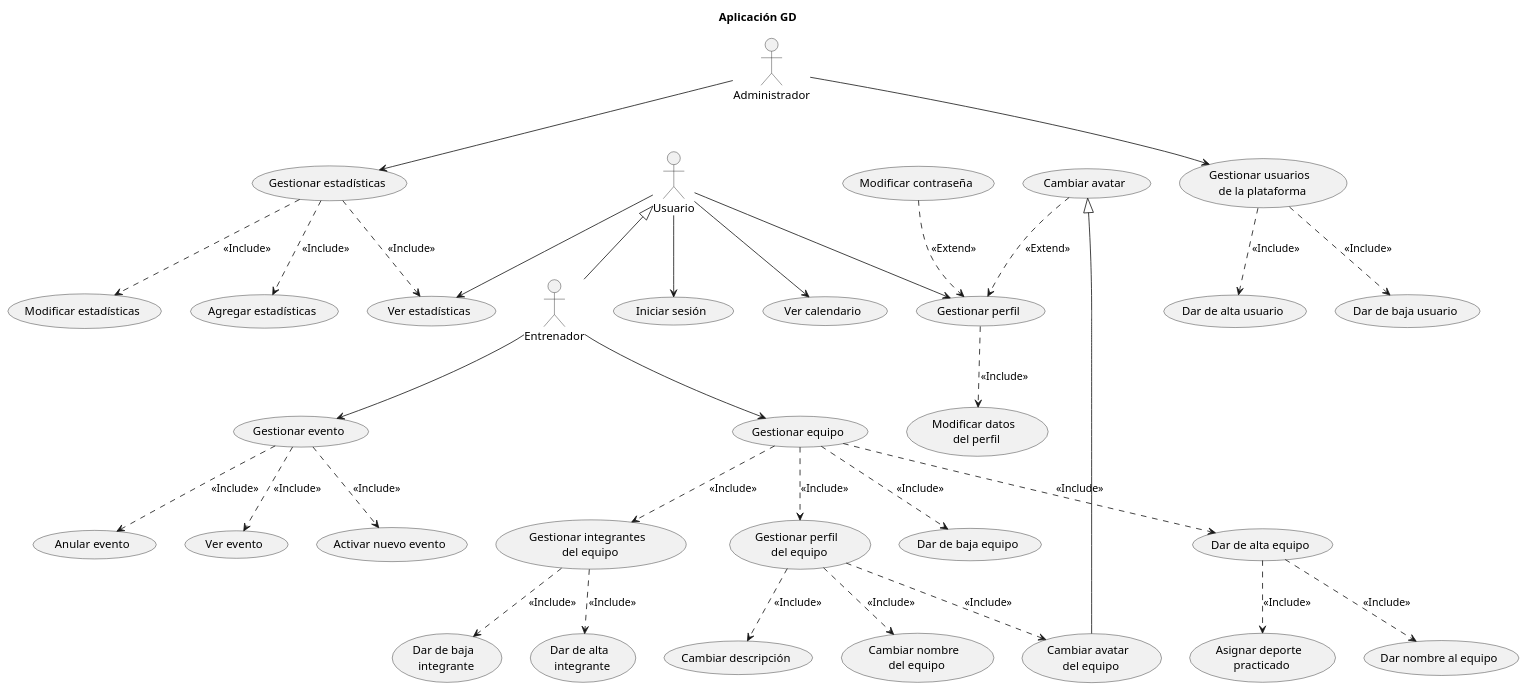
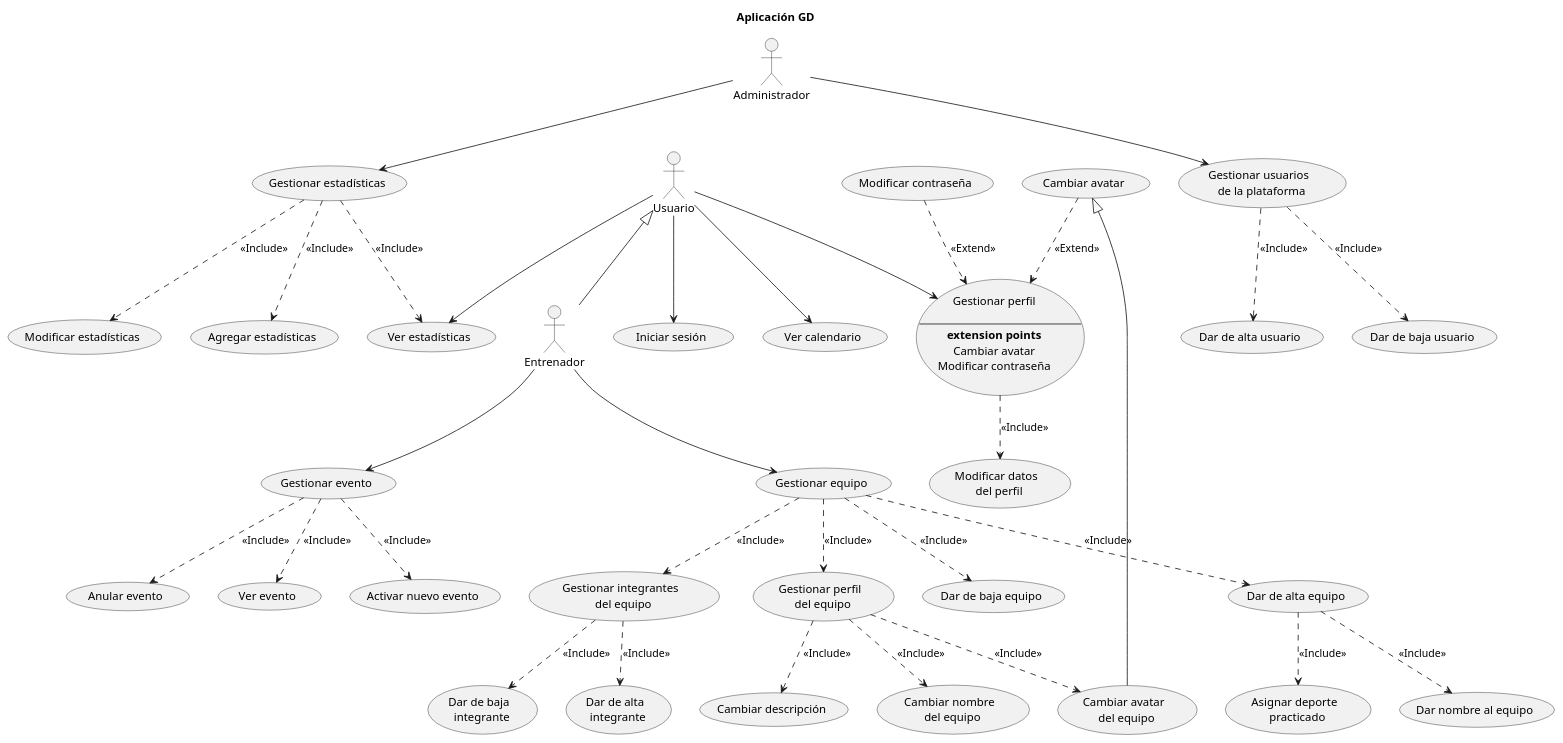
One commit to emg842/INRE-UAL-ROJO-2022 changed the diagram in LAB0/src/aplicacion_gd.puml. Above: the diagram before and after it, drawn with PlantUML. The commit also changed 12 other files, not shown here.

Commit message:
Correccion extension points lab0

```diff
--- a/LAB0/src/aplicacion_gd.puml
+++ b/LAB0/src/aplicacion_gd.puml
@@ -1,74 +1,79 @@
 @startuml aplicacion_gd
 title Aplicación GD
 
 :Administrador: as A1
 :Entrenador: as A2
 :Usuario: as A3
 
 (Activar nuevo evento) as UC1
 (Agregar estadísticas) as UC2
 (Anular evento) as UC3
 (Asignar deporte \n practicado) as UC4
 (Cambiar avatar) as UC5
 (Cambiar avatar \n del equipo) as UC6
 (Cambiar descripción) as UC7
 (Cambiar nombre \n del equipo) as UC8
 (Dar de baja equipo) as UC9
 (Dar de baja \n integrante) as UC10
 (Dar de baja usuario)  as UC11
 (Dar de alta equipo) as UC12
 (Dar de alta \n integrante) as UC13
 (Dar de alta usuario) as UC14
 (Dar nombre al equipo) as UC15
 (Gestionar equipo) as UC16
 (Gestionar estadísticas) as UC17
 (Gestionar evento) as UC18
 (Gestionar integrantes \n del equipo) as UC19
-(Gestionar perfil) as UC20
+usecase UC20 as "Gestionar perfil
+
+--
+**extension points**
+Cambiar avatar
+Modificar contraseña"
 (Gestionar perfil \n del equipo) as UC21
 (Gestionar usuarios \n de la plataforma) as UC22
 (Iniciar sesión) as UC23
 (Modificar contraseña) as UC24
 (Modificar datos \n del perfil) as UC25
 (Modificar estadísticas) as UC26
 (Ver calendario) as UC27
 (Ver estadísticas) as UC28
 (Ver evento) as UC29
 
 A1 --> UC17
 A1 --> UC22
 A2 --> UC16
 A2 --> UC18
 A3 --> UC20
 A3 --> UC23
 A3 --> UC27
 A3 --> UC28
 
 A3 <|-- A2
 UC5 <|-- UC6
 
 UC5 ..> UC20 : <<Extend>>
 UC24 ..> UC20 : <<Extend>>
 
 UC12 ..> UC4 : <<Include>>
 UC12 ..> UC15 : <<Include>>
 UC16 ..> UC9 : <<Include>>
 UC16 ..> UC12 : <<Include>>
 UC16 ..> UC19 : <<Include>>
 UC16 ..> UC21 : <<Include>>
 UC17 ..> UC2 : <<Include>>
 UC17 ..> UC26 : <<Include>>
 UC17 ..> UC28 : <<Include>>
 UC18 ..> UC1 : <<Include>>
 UC18 ..> UC3 : <<Include>>
 UC18 ..> UC29 : <<Include>>
 UC19 ..> UC10 : <<Include>>
 UC19 ..> UC13 : <<Include>>
 UC20 ..> UC25 : <<Include>>
 UC21 ..> UC6 : <<Include>>
 UC21 ..> UC7 : <<Include>>
 UC21 ..> UC8 : <<Include>>
 UC22 ..> UC11 : <<Include>>
 UC22 ..> UC14 : <<Include>>
 
 @enduml
```
